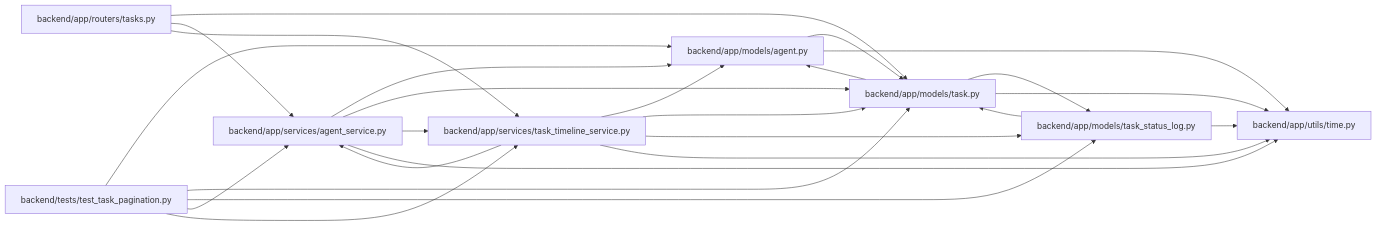
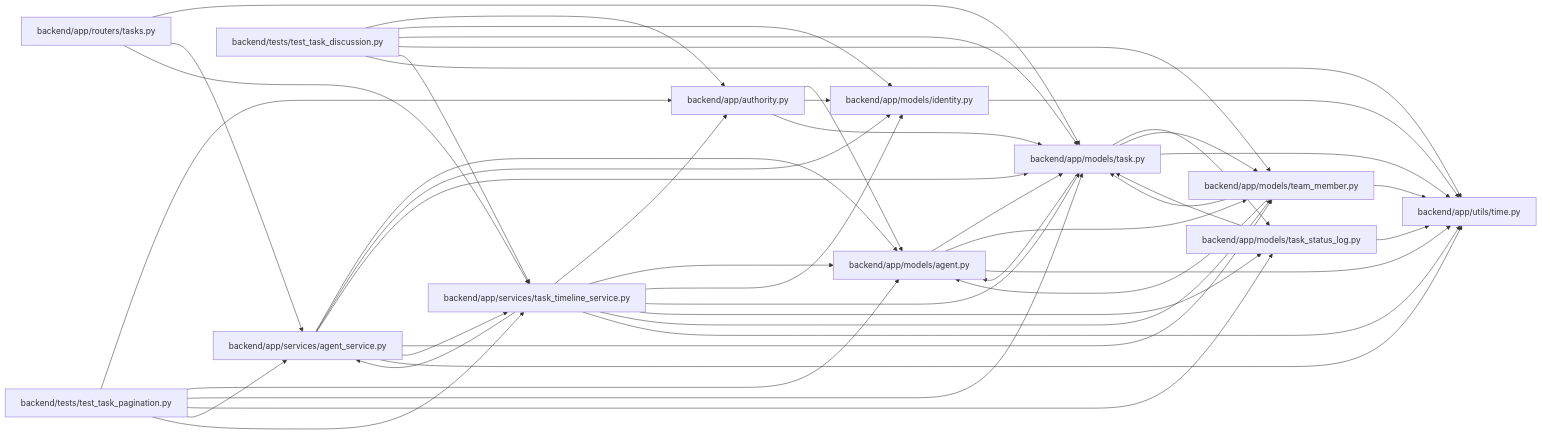
One commit to Denissvgn/WorkChord changed the diagram in docs/llm_wiki/modules/task_timeline_service.md. Above: the diagram before and after it, drawn with Mermaid. The commit also changed other lines of this file and 502 other files, not shown here.

````diff
--- a/docs/llm_wiki/modules/task_timeline_service.md
+++ b/docs/llm_wiki/modules/task_timeline_service.md
@@ -30,43 +33,72 @@
 ```mermaid
 flowchart LR
-    n0["backend/app/models/agent.py"]
-    n1["backend/app/models/task.py"]
-    n2["backend/app/models/task_status_log.py"]
-    n3["backend/app/routers/tasks.py"]
-    n4["backend/app/services/agent_service.py"]
-    n5["backend/app/services/task_timeline_service.py"]
-    n6["backend/app/utils/time.py"]
-    n7["backend/tests/test_task_pagination.py"]
+    n0["backend/app/authority.py"]
+    n1["backend/app/models/agent.py"]
+    n2["backend/app/models/identity.py"]
+    n3["backend/app/models/task.py"]
+    n4["backend/app/models/task_status_log.py"]
+    n5["backend/app/models/team_member.py"]
+    n6["backend/app/routers/tasks.py"]
+    n7["backend/app/services/agent_service.py"]
+    n8["backend/app/services/task_timeline_service.py"]
+    n9["backend/app/utils/time.py"]
+    n10["backend/tests/test_task_discussion.py"]
+    n11["backend/tests/test_task_pagination.py"]
     n0 --> n1
-    n0 --> n6
-    n1 --> n0
-    n1 --> n2
-    n1 --> n6
-    n2 --> n1
-    n2 --> n6
+    n0 --> n2
+    n0 --> n3
+    n1 --> n3
+    n1 --> n5
+    n1 --> n9
+    n2 --> n9
     n3 --> n1
     n3 --> n4
     n3 --> n5
-    n4 --> n0
-    n4 --> n1
-    n4 --> n5
-    n4 --> n6
-    n5 --> n0
+    n3 --> n9
+    n4 --> n3
+    n4 --> n9
     n5 --> n1
-    n5 --> n2
-    n5 --> n4
-    n5 --> n6
-    n7 --> n0
+    n5 --> n3
+    n5 --> n9
+    n6 --> n3
+    n6 --> n7
+    n6 --> n8
     n7 --> n1
     n7 --> n2
-    n7 --> n4
+    n7 --> n3
     n7 --> n5
-    click n0 "../modules/models_agent.md"
-    click n1 "../modules/models_task.md"
-    click n2 "../modules/task_status_log.md"
-    click n3 "../modules/tasks.md"
-    click n4 "../modules/agent_service.md"
-    click n5 "../modules/task_timeline_service.md"
-    click n6 "../modules/time.md"
-    click n7 "../modules/test_task_pagination.md"
+    n7 --> n8
+    n7 --> n9
+    n8 --> n0
+    n8 --> n1
+    n8 --> n2
+    n8 --> n3
+    n8 --> n4
+    n8 --> n5
+    n8 --> n7
+    n8 --> n9
+    n10 --> n0
+    n10 --> n2
+    n10 --> n3
+    n10 --> n5
+    n10 --> n8
+    n10 --> n9
+    n11 --> n0
+    n11 --> n1
+    n11 --> n3
+    n11 --> n4
+    n11 --> n7
+    n11 --> n8
+    click n0 "../modules/authority.md"
+    click n1 "../modules/models_agent.md"
+    click n2 "../modules/models_identity.md"
+    click n3 "../modules/models_task.md"
+    click n4 "../modules/task_status_log.md"
+    click n5 "../modules/team_member.md"
+    click n6 "../modules/tasks.md"
+    click n7 "../modules/agent_service.md"
+    click n8 "../modules/task_timeline_service.md"
+    click n9 "../modules/time.md"
+    click n10 "../modules/test_task_discussion.md"
+    click n11 "../modules/test_task_pagination.md"
 ```
````
